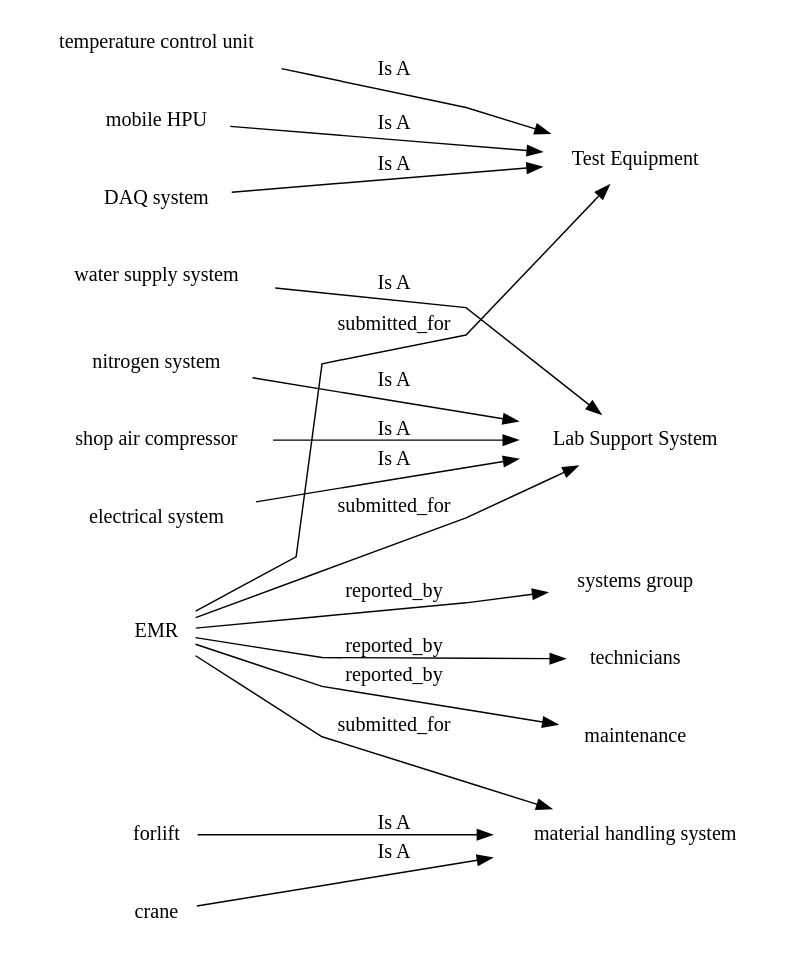
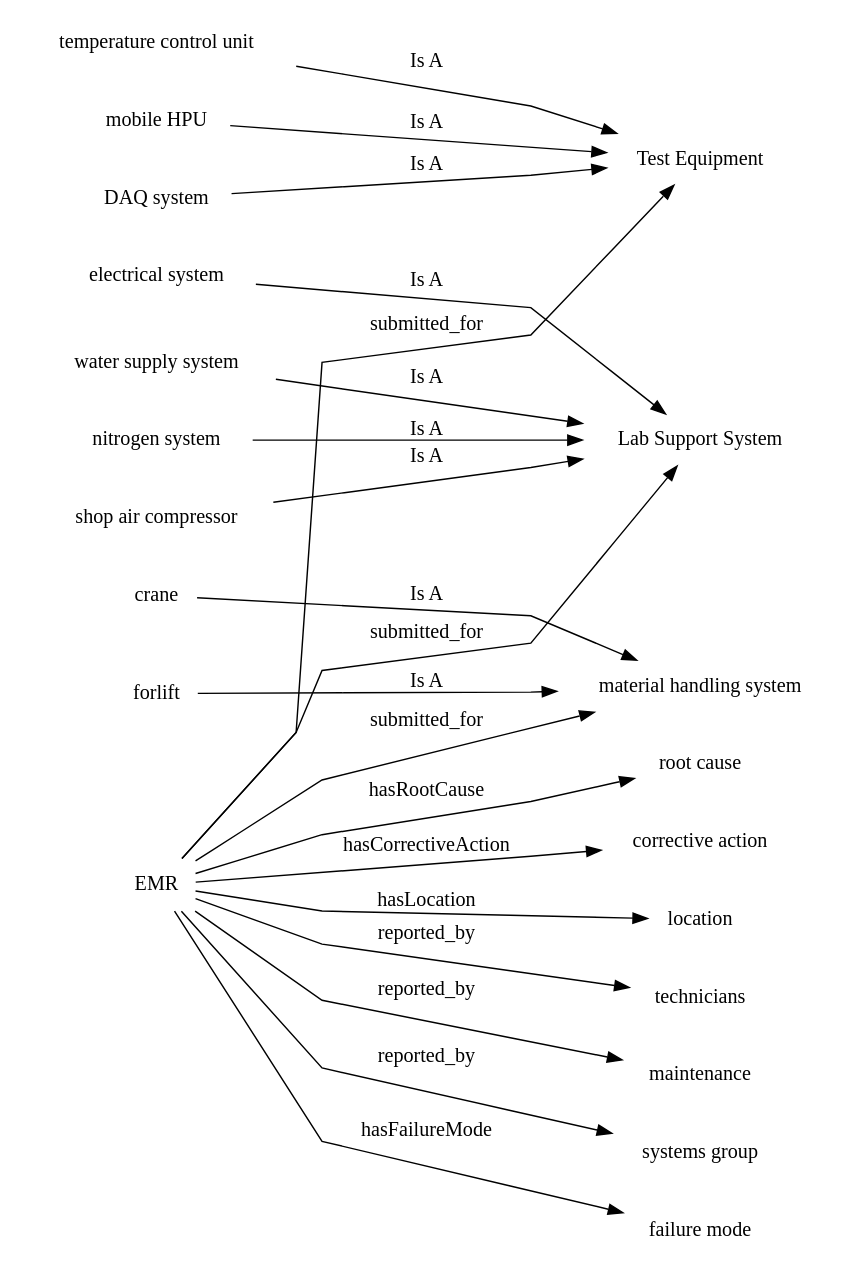
Before and after one commit to DJimmie/graph-theory-applications: the diagram in basics/test-output/round-table.gv, drawn with Graphviz. The commit also changed 3 other files, not shown here.

Commit message:
graphviz working on system now. Maybe required a reboot after install.

```diff
--- a/basics/test-output/round-table.gv
+++ b/basics/test-output/round-table.gv
@@ -1,21 +1,25 @@
 // The Round Table
 digraph {
 	graph [landscape=False rankdir=LR size="20,16" splines=polyline]
 	node [color=white style=filled]
 	node [shape=plaintext]
 	EMR -> "Test Equipment" [label=submitted_for]
 	EMR -> "Lab Support System" [label=submitted_for]
 	EMR -> "material handling system" [label=submitted_for]
 	EMR -> technicians [label=reported_by]
 	EMR -> maintenance [label=reported_by]
 	EMR -> "systems group" [label=reported_by]
+	EMR -> "failure mode" [label=hasFailureMode]
+	EMR -> "root cause" [label=hasRootCause]
+	EMR -> "corrective action" [label=hasCorrectiveAction]
+	EMR -> location [label=hasLocation]
 	"nitrogen system" -> "Lab Support System" [label="Is A"]
 	"shop air compressor" -> "Lab Support System" [label="Is A"]
 	"electrical system" -> "Lab Support System" [label="Is A"]
 	"water supply system" -> "Lab Support System" [label="Is A"]
 	"temperature control unit" -> "Test Equipment" [label="Is A"]
 	"mobile HPU" -> "Test Equipment" [label="Is A"]
 	forlift -> "material handling system" [label="Is A"]
 	crane -> "material handling system" [label="Is A"]
 	"DAQ system" -> "Test Equipment" [label="Is A"]
 }
```
